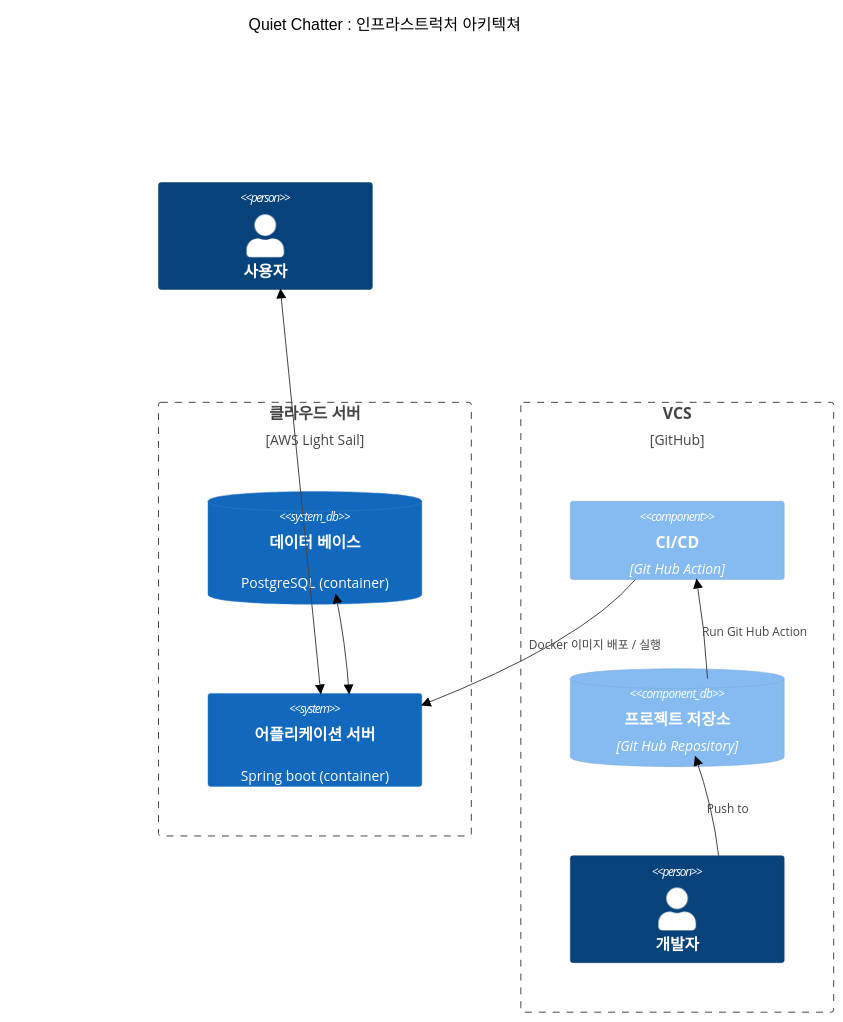
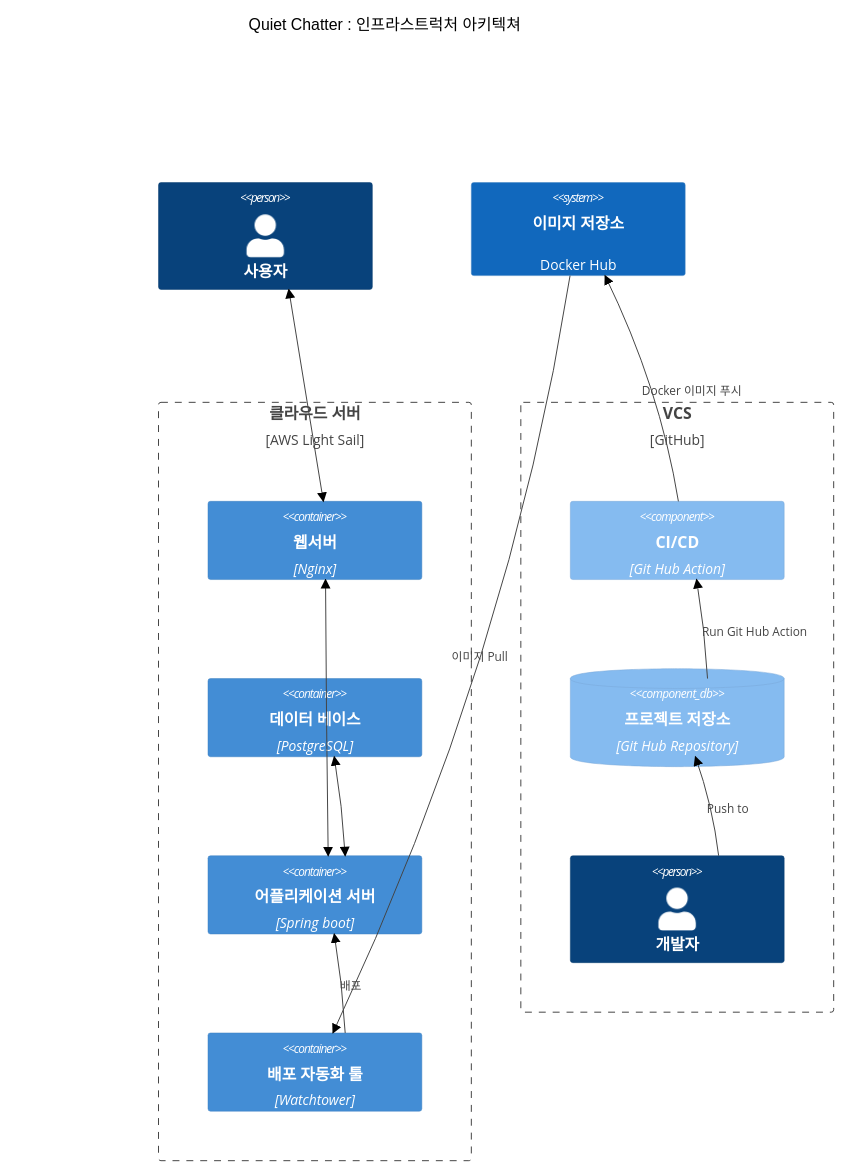
Before and after one commit to Inoh-J/quiet-chatter: the first of 2 diagrams in docs/system-architecture.md, drawn with Mermaid (neutral theme). The commit also changed 3 other files, not shown here.

````diff
--- a/docs/system-architecture.md
+++ b/docs/system-architecture.md
@@ -5,25 +5,28 @@
 ```mermaid
     C4Context
     title Quiet Chatter : 인프라스트럭처 아키텍쳐
-
     Person(user, "사용자")
 
     Boundary(ststem, "클라우드 서버", "AWS Light Sail") {
-        SystemDb(db, "데이터 베이스", "PostgreSQL (container)")
-        System(app,"어플리케이션 서버", "Spring boot (container)")
+        Container(ws, "웹서버", "Nginx")
+        Container(db, "데이터 베이스", "PostgreSQL")
+        Container(app, "어플리케이션 서버", "Spring boot")
+        Container(wt, "배포 자동화 툴", "Watchtower")
     }
 
     Boundary(git, "VCS", "GitHub") {
-
-        Component(gitAction, "CI/CD","Git Hub Action")
+        Component(gitAction, "CI/CD", "Git Hub Action")
         ComponentDb(repository, "프로젝트 저장소", "Git Hub Repository")
         Person(developer, "개발자")
     }
-
-    BiRel(user, app, "")
+    System(dockerhub, "이미지 저장소", "Docker Hub")
+    BiRel(user, ws, "")
+    BiRel(ws, app, "")
+    Rel(dockerhub, wt, "이미지 Pull")
+    Rel(wt, app, "배포")
     Rel(developer, repository, "Push to")
-    Rel(gitAction, app, "Docker 이미지 배포 / 실행")
+    Rel(gitAction, dockerhub, "Docker 이미지 푸시")
     Rel(repository, gitAction, "Run Git Hub Action")
     BiRel(app, db, "")
 
 ```
````
